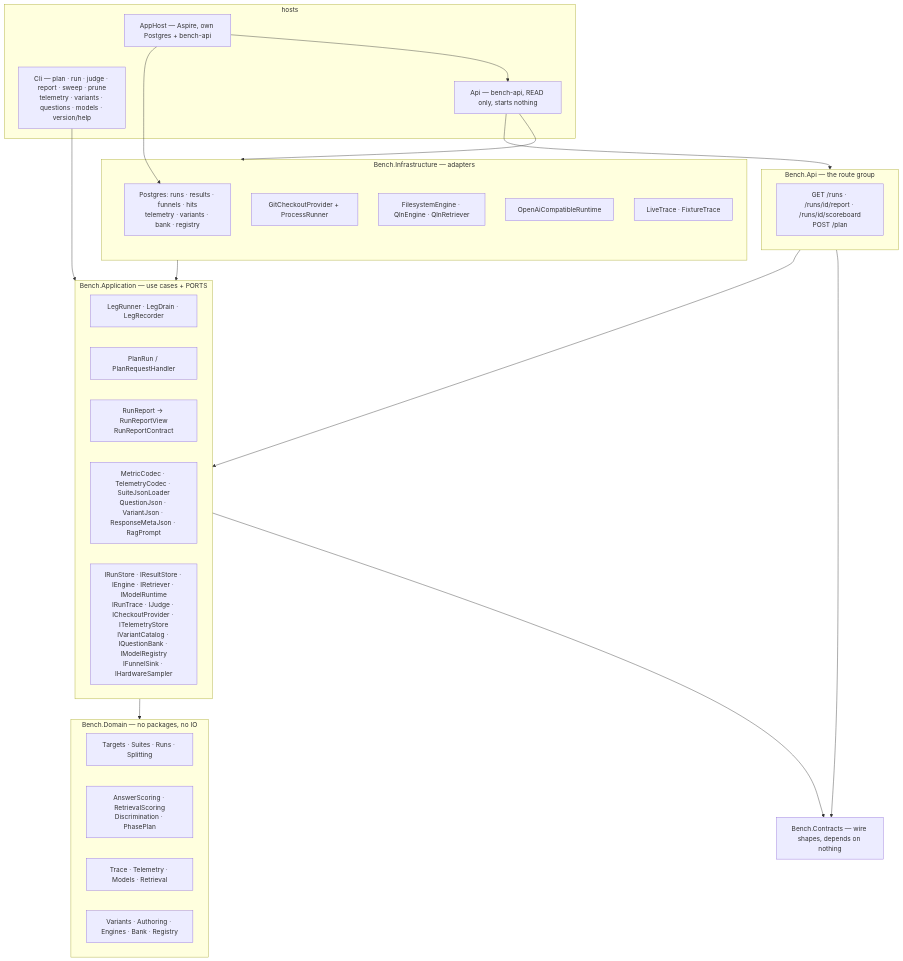
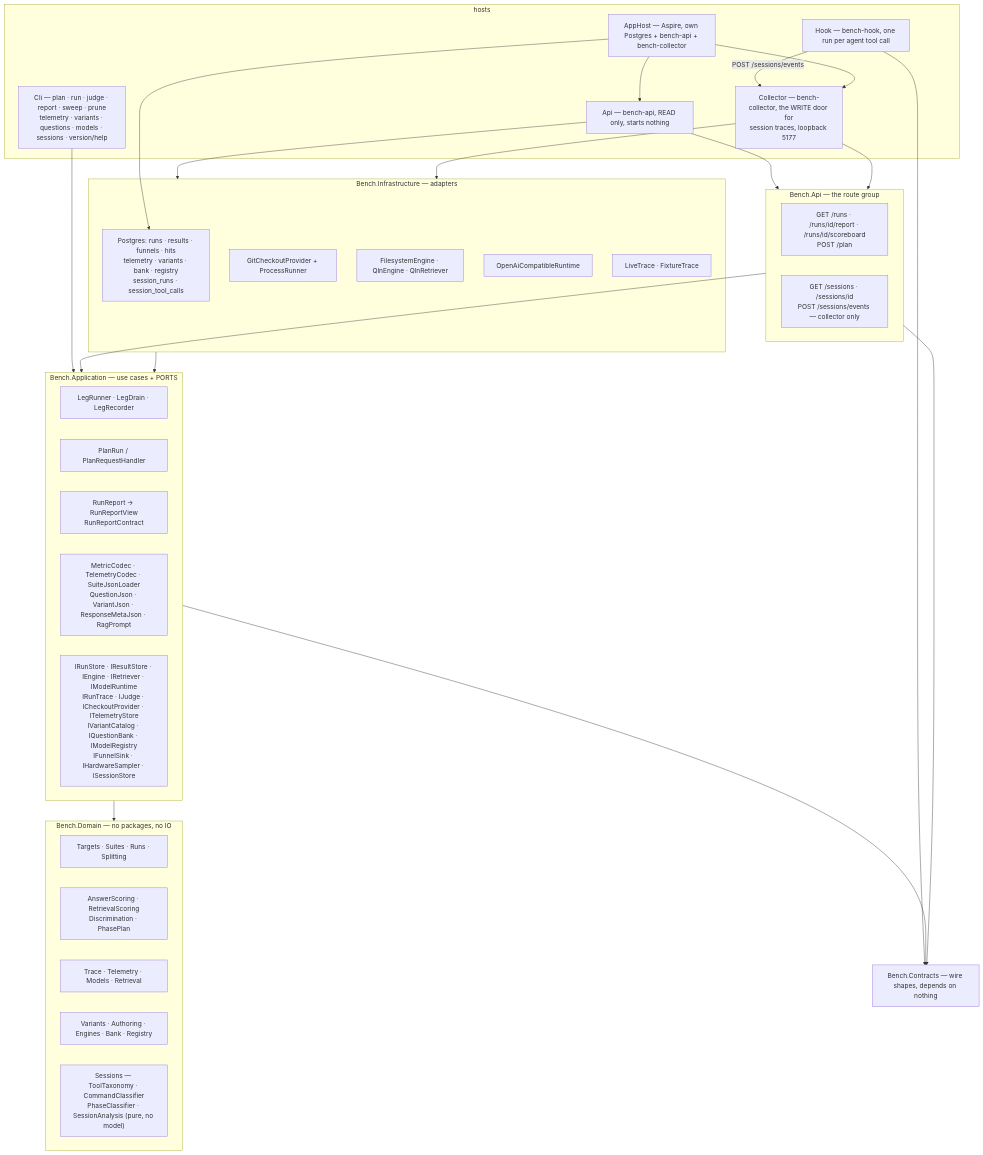
The first of 2 diagrams in research/architecture.md (oleksandrdubyna88/dew_flow_benchmark), drawn with Mermaid before and after one commit. The commit also changed other lines of this file and 51 other files, not shown here.

````diff
--- a/research/architecture.md
+++ b/research/architecture.md
@@ -19,43 +19,52 @@
 ```mermaid
 flowchart TB
     subgraph hosts["hosts"]
-        cli["Cli — plan · run · judge · report · sweep · prune<br/>telemetry · variants · questions · models · version/help"]
+        cli["Cli — plan · run · judge · report · sweep · prune<br/>telemetry · variants · questions · models · sessions · version/help"]
         apihost["Api — bench-api, READ only, starts nothing"]
-        apphost["AppHost — Aspire, own Postgres + bench-api"]
+        collector["Collector — bench-collector, the WRITE door for<br/>session traces, loopback 5177"]
+        hook["Hook — bench-hook, one run per agent tool call"]
+        apphost["AppHost — Aspire, own Postgres + bench-api + bench-collector"]
     end
     subgraph api["Bench.Api — the route group"]
         routes["GET /runs · /runs/id/report · /runs/id/scoreboard<br/>POST /plan"]
+        sessionroutes["GET /sessions · /sessions/id<br/>POST /sessions/events — collector only"]
     end
     subgraph app["Bench.Application — use cases + PORTS"]
         runner["LegRunner · LegDrain · LegRecorder"]
         plan["PlanRun / PlanRequestHandler"]
         report["RunReport → RunReportView<br/>RunReportContract"]
         codecs["MetricCodec · TelemetryCodec · SuiteJsonLoader<br/>QuestionJson · VariantJson · ResponseMetaJson · RagPrompt"]
-        ports["IRunStore · IResultStore · IEngine · IRetriever · IModelRuntime<br/>IRunTrace · IJudge · ICheckoutProvider · ITelemetryStore<br/>IVariantCatalog · IQuestionBank · IModelRegistry<br/>IFunnelSink · IHardwareSampler"]
+        ports["IRunStore · IResultStore · IEngine · IRetriever · IModelRuntime<br/>IRunTrace · IJudge · ICheckoutProvider · ITelemetryStore<br/>IVariantCatalog · IQuestionBank · IModelRegistry<br/>IFunnelSink · IHardwareSampler · ISessionStore"]
     end
     subgraph dom["Bench.Domain — no packages, no IO"]
         contract["Targets · Suites · Runs · Splitting"]
         scoring["AnswerScoring · RetrievalScoring<br/>Discrimination · PhasePlan"]
         obs["Trace · Telemetry · Models · Retrieval"]
         axes["Variants · Authoring · Engines · Bank · Registry"]
+        sessions["Sessions — ToolTaxonomy · CommandClassifier<br/>PhaseClassifier · SessionAnalysis (pure, no model)"]
     end
     subgraph infra["Bench.Infrastructure — adapters"]
-        pg["Postgres: runs · results · funnels · hits<br/>telemetry · variants · bank · registry"]
+        pg["Postgres: runs · results · funnels · hits<br/>telemetry · variants · bank · registry<br/>session_runs · session_tool_calls"]
         git["GitCheckoutProvider + ProcessRunner"]
         eng["FilesystemEngine · QlnEngine · QlnRetriever"]
         rt["OpenAiCompatibleRuntime"]
         tr["LiveTrace · FixtureTrace"]
     end
     contracts["Bench.Contracts — wire shapes, depends on nothing"]
 
     cli --> app
     apihost --> api
     apihost --> infra
+    collector --> api
+    collector --> infra
+    hook -- "POST /sessions/events" --> collector
     api --> app
     apphost --> pg
     apphost --> apihost
+    apphost --> collector
     app --> dom
     infra --> app
     app --> contracts
     api --> contracts
+    hook --> contracts
 ```
````
